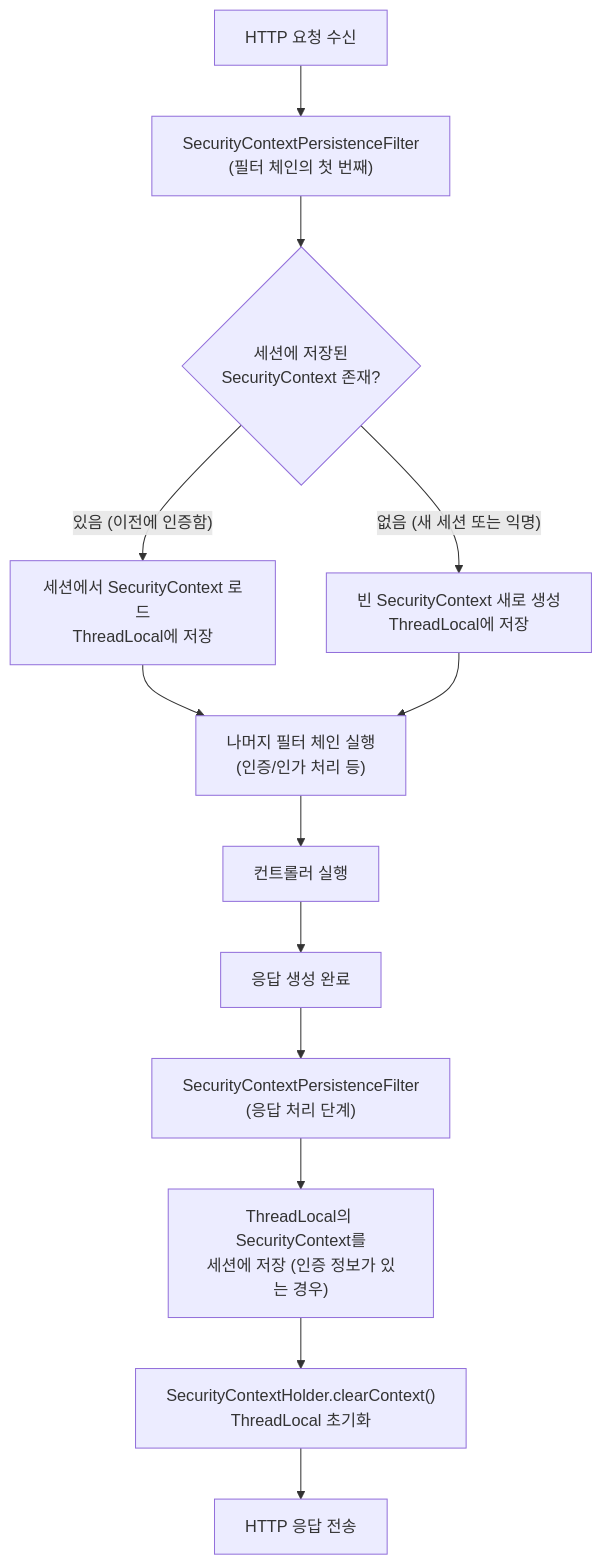
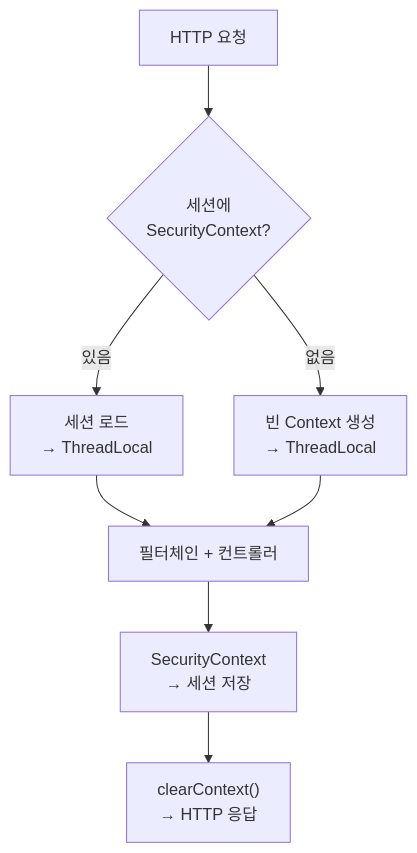
The first of 5 diagrams in _posts/security/2021-05-26-SecurityContextPersistentFilter.md (yjkim2015/yjkim2015.github.io), drawn with Mermaid before and after one commit. The commit also changed other lines of this file and 215 other files, not shown here.

First line of the commit message:
신규 포스트 10개 추가 + Mermaid 전면 축소 + SystemDesign 시리즈 보강

````diff
--- a/_posts/security/2021-05-26-SecurityContextPersistentFilter.md
+++ b/_posts/security/2021-05-26-SecurityContextPersistentFilter.md
@@ -22,15 +22,9 @@
 ```mermaid
 flowchart TD
-    A["HTTP 요청 수신"] --> B["SecurityContextPersistenceFilter\n(필터 체인의 첫 번째)"]
-    B --> C{"세션에 저장된\nSecurityContext 존재?"}
-    C -- "있음 (이전에 인증함)" --> D["세션에서 SecurityContext 로드\nThreadLocal에 저장"]
-    C -- "없음 (새 세션 또는 익명)" --> E["빈 SecurityContext 새로 생성\nThreadLocal에 저장"]
-    D --> F["나머지 필터 체인 실행\n(인증/인가 처리 등)"]
-    E --> F
-    F --> G["컨트롤러 실행"]
-    G --> H["응답 생성 완료"]
-    H --> I["SecurityContextPersistenceFilter\n(응답 처리 단계)"]
-    I --> J["ThreadLocal의 SecurityContext를\n세션에 저장 (인증 정보가 있는 경우)"]
-    J --> K["SecurityContextHolder.clearContext()\nThreadLocal 초기화"]
-    K --> L["HTTP 응답 전송"]
+    A["HTTP 요청"] --> B{"세션에\nSecurityContext?"}
+    B -- "있음" --> C["세션 로드\n→ ThreadLocal"]
+    B -- "없음" --> D["빈 Context 생성\n→ ThreadLocal"]
+    C & D --> E["필터체인 + 컨트롤러"]
+    E --> F["SecurityContext\n→ 세션 저장"]
+    F --> G["clearContext()\n→ HTTP 응답"]
 ```
````
